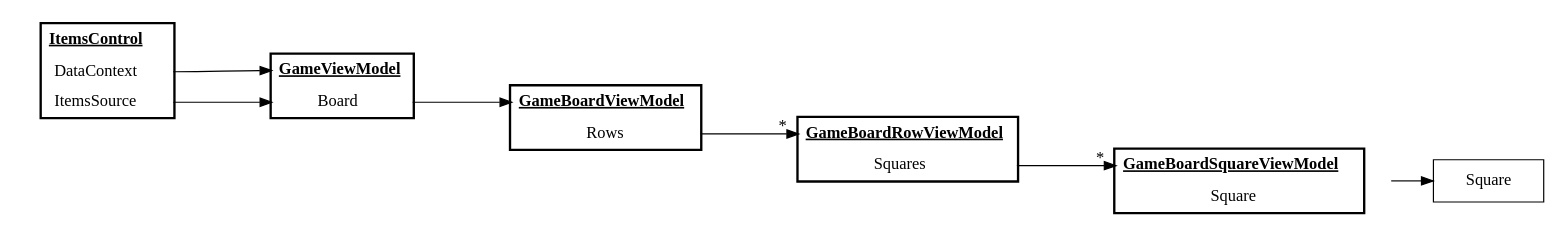
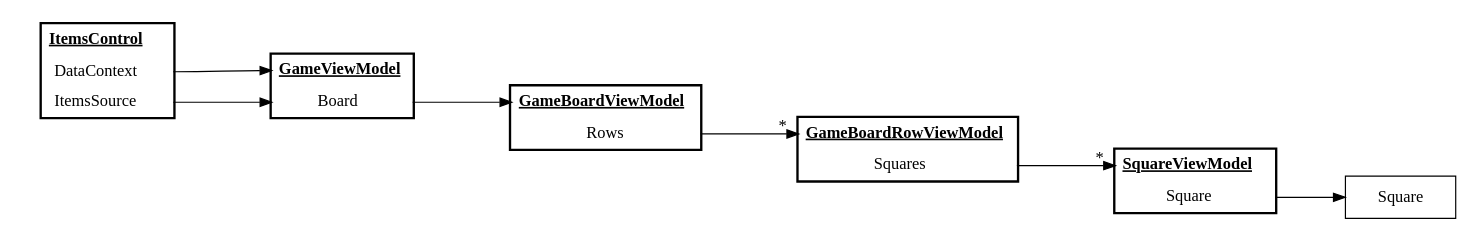
One commit to ucll-vgo/minesweeper-starter changed the diagram in docs/getting-started/itemscontrol-squarevm.gv. Above: the diagram before and after it, drawn with Graphviz. The commit also changed 3 other files, not shown here.

```diff
--- a/docs/getting-started/itemscontrol-squarevm.gv
+++ b/docs/getting-started/itemscontrol-squarevm.gv
@@ -1,50 +1,50 @@
 digraph G {
     node [shape=none,fontname=Consolas,margin="0.3,0.1"]
     rankdir=LR
 
     ItemsControl [
       label =<<TABLE BORDER="2" CELLBORDER="0" CELLSPACING="1" CELLPADDING="5">
                       <TR><TD PORT="header"><B><U>ItemsControl</U></B></TD></TR>
                       <TR><TD PORT="DataContext">DataContext</TD></TR>
                       <TR><TD PORT="ItemsSource">ItemsSource</TD></TR>
                   </TABLE>>
     ]
 
     GameVM [
       label =<<TABLE BORDER="2" CELLBORDER="0" CELLSPACING="1" CELLPADDING="5">
                       <TR><TD PORT="header"><B><U>GameViewModel</U></B></TD></TR>
                       <TR><TD PORT="Board">Board</TD></TR>
                   </TABLE>>
     ]
 
     BoardVM [
       label =<<TABLE BORDER="2" CELLBORDER="0" CELLSPACING="1" CELLPADDING="5">
                       <TR><TD PORT="header"><B><U>GameBoardViewModel</U></B></TD></TR>
                       <TR><TD PORT="Rows">Rows</TD></TR>
                   </TABLE>>
     ]
 
     RowVM [
         label =<<TABLE BORDER="2" CELLBORDER="0" CELLSPACING="1" CELLPADDING="5">
                       <TR><TD PORT="header"><B><U>GameBoardRowViewModel</U></B></TD></TR>
                       <TR><TD PORT="Squares">Squares</TD></TR>
                   </TABLE>>
     ]
 
     SquareVM [
         label =<<TABLE BORDER="2" CELLBORDER="0" CELLSPACING="1" CELLPADDING="5">
-                      <TR><TD PORT="header"><B><U>GameBoardSquareViewModel</U></B></TD></TR>
+                      <TR><TD PORT="header"><B><U>SquareViewModel</U></B></TD></TR>
                       <TR><TD PORT="Square">Square</TD></TR>
                   </TABLE>>
     ]
 
     Data [label="Square",shape=box]
 
 
     ItemsControl:DataContext -> GameVM:header
     ItemsControl:ItemsSource -> GameVM:Board
     GameVM:Board -> BoardVM:header
     BoardVM:Rows -> RowVM:header [headlabel="*",labeldistance=1.5]
     RowVM:Squares -> SquareVM:header [headlabel="*",labeldistance=1.5]
-    SquareVM:Owner -> Data
+    SquareVM:Square -> Data
 }
```
